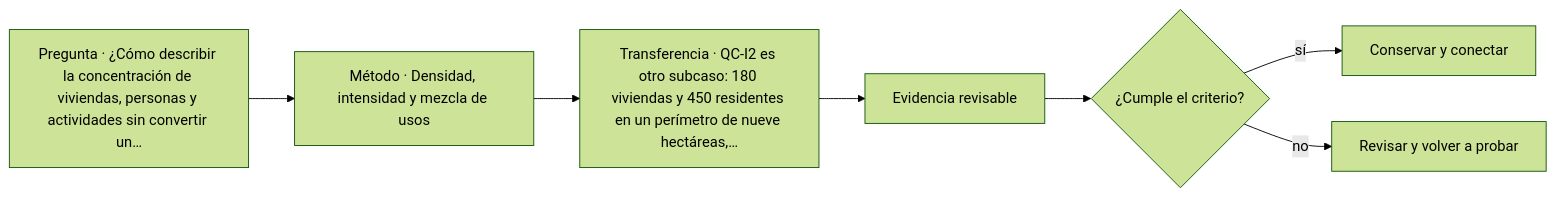
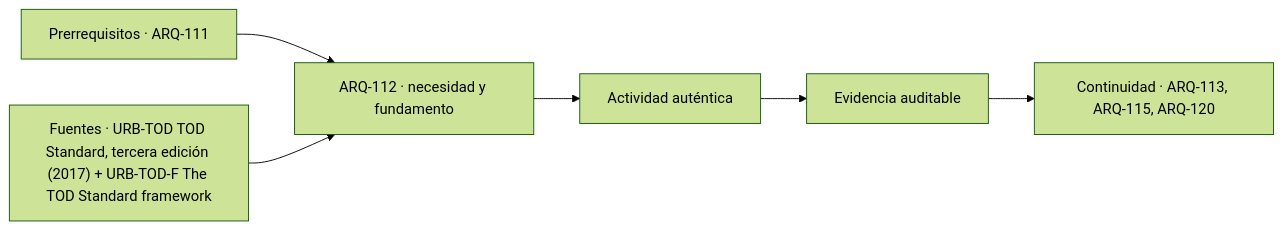
One commit to vladimiracunadev-create/architecture-built-environment-learning-program changed the diagram in classes/parte-12/ARQ-112.md. Above: the diagram before and after it, drawn with Mermaid (forest theme). The commit also changed other lines of this file and 761 other files, not shown here.

````diff
--- a/classes/parte-12/ARQ-112.md
+++ b/classes/parte-12/ARQ-112.md
@@ -104,9 +116,8 @@
 ```mermaid
 flowchart LR
-    Q["Pregunta · ¿Cómo describir la concentración de viviendas, personas y actividades sin convertir un…"] --> M["Método · Densidad, intensidad y mezcla de usos"]
-    M --> P["Transferencia · QC-I2 es otro subcaso: 180 viviendas y 450 residentes en un perímetro de nueve hectáreas,…"]
-    P --> E["Evidencia revisable"]
-    E --> C{"¿Cumple el criterio?"}
-    C -->|sí| T["Conservar y conectar"]
-    C -->|no| R["Revisar y volver a probar"]
+    A["Prerrequisitos · ARQ-111"] --> B["ARQ-112 · necesidad y fundamento"]
+    S["Fuentes · URB-TOD TOD Standard, tercera edición (2017) + URB-TOD-F The TOD Standard framework"] --> B
+    B --> C["Actividad auténtica"]
+    C --> D["Evidencia auditable"]
+    D --> E["Continuidad · ARQ-113, ARQ-115, ARQ-120"]
 ```
````
